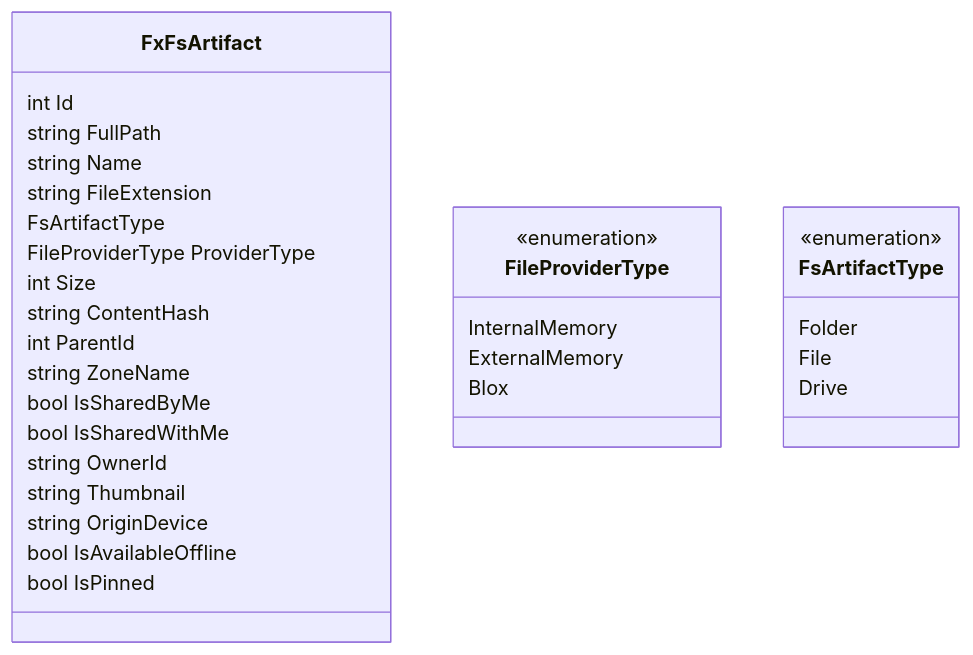
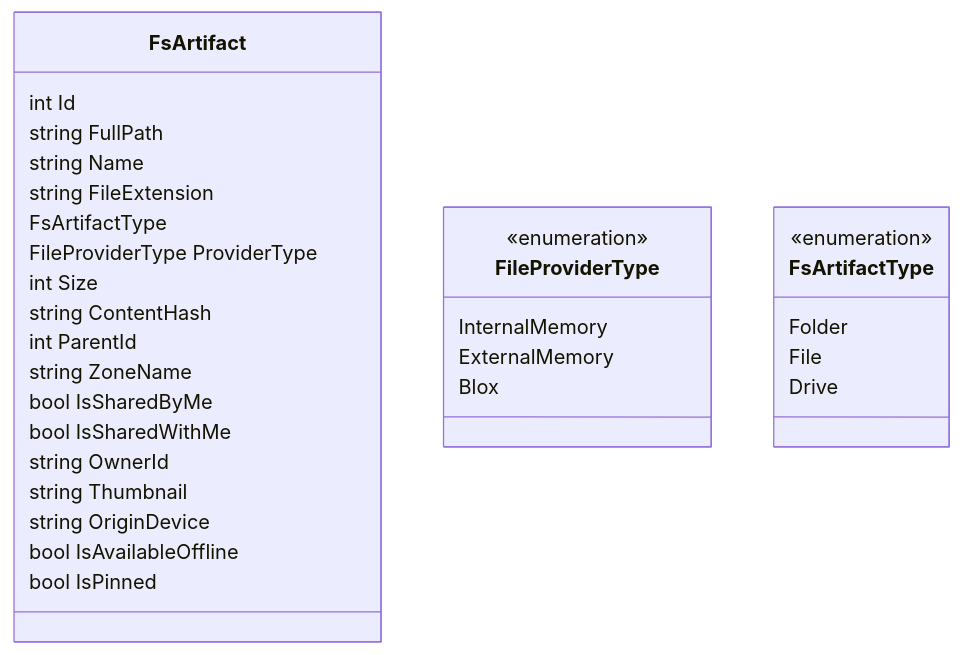
The first of 3 diagrams in docs/class-diagram-overview.md (functionland/fx-files), drawn with Mermaid before and after one commit.

Commit message:
Rename FxFsArtifact to FsArtifact

````diff
--- a/docs/class-diagram-overview.md
+++ b/docs/class-diagram-overview.md
@@ -2,36 +2,36 @@
 ```mermaid
 classDiagram
-class FxFsArtifact{
+class FsArtifact{
   int Id
   string FullPath
   string Name
   string FileExtension
   FsArtifactType
   FileProviderType ProviderType
   int Size
   string ContentHash
   int ParentId
   string ZoneName
   bool IsSharedByMe
   bool IsSharedWithMe
   string OwnerId
   string Thumbnail
   string OriginDevice
   bool IsAvailableOffline
   bool IsPinned
 }
 
 class FileProviderType{
   <<enumeration>>
   InternalMemory
   ExternalMemory
   Blox
 }
 
 class FsArtifactType{
   <<enumeration>>
   Folder
   File
   Drive
 }
 ```
````
